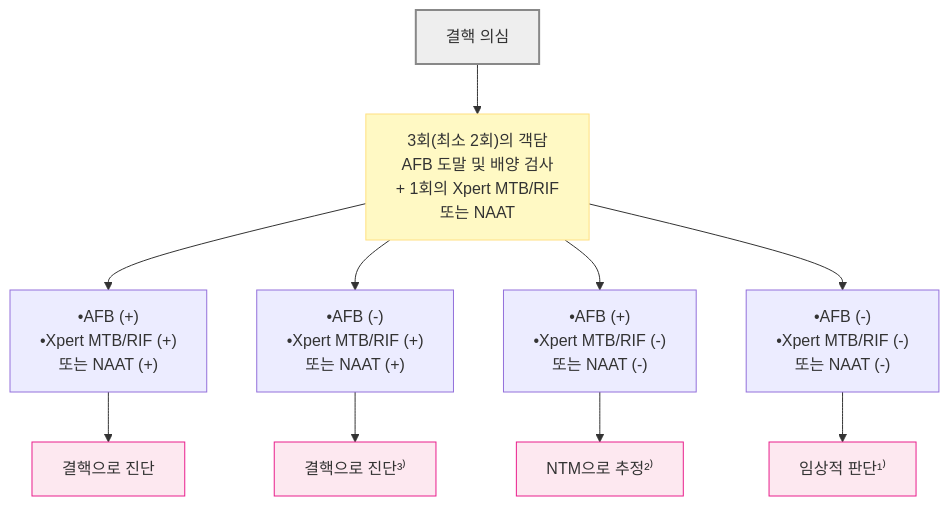
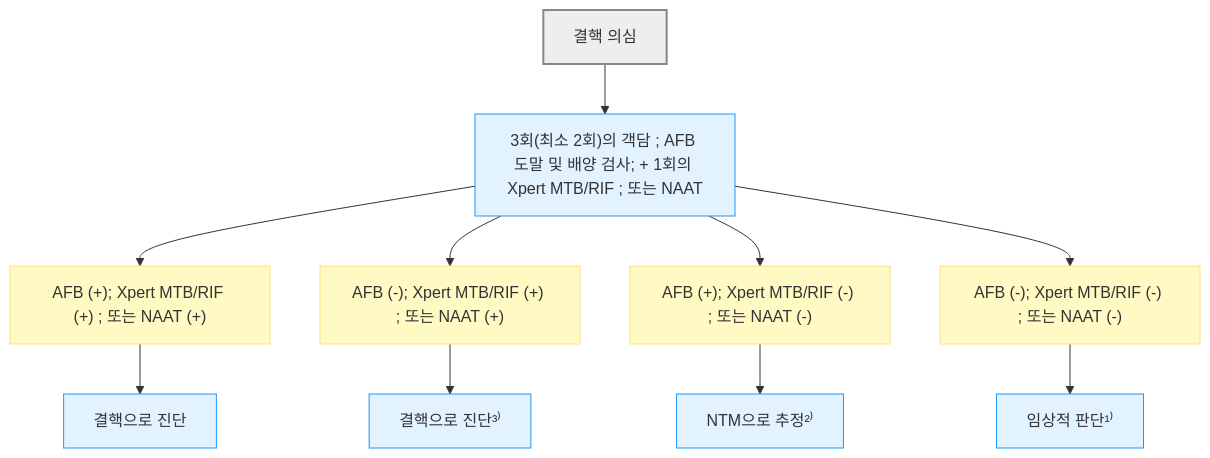
One commit to familyoh77/familyoh77 changed the first of 4 diagrams in 223_/070_-tuberculosis.md. Above: the diagram before and after it, drawn with Mermaid. The commit also changed other lines of this file and 2 other files, not shown here.

````diff
--- a/223_/070_-tuberculosis.md
+++ b/223_/070_-tuberculosis.md
@@ -104,26 +104,28 @@
 ```mermaid
 graph TD
     Start["결핵 의심"]
-    Step1["3회(최소 2회)의 객담 <br/>AFB 도말 및 배양 검사<br/>+ 1회의 Xpert MTB/RIF <br/>또는 NAAT"]
-    Case1["•AFB (+)<br/>•Xpert MTB/RIF (+) <br/>또는 NAAT (+)"]
-    Case2["•AFB (-)<br/>•Xpert MTB/RIF (+) <br/>또는 NAAT (+)"]
-    Case3["•AFB (+)<br/>•Xpert MTB/RIF (-) <br/>또는 NAAT (-)"]
-    Case4["•AFB (-)<br/>•Xpert MTB/RIF (-) <br/>또는 NAAT (-)"]
+    Step1["`3회(최소 2회)의 객담 ; AFB 도말 및 배양 검사; + 1회의 Xpert MTB/RIF ; 또는 NAAT`"]
+    Case1["`AFB (+); Xpert MTB/RIF (+) ; 또는 NAAT (+)`"]
+    Case2["`AFB (-); Xpert MTB/RIF (+) ; 또는 NAAT (+)`"]
+    Case3["`AFB (+); Xpert MTB/RIF (-) ; 또는 NAAT (-)`"]
+    Case4["`AFB (-); Xpert MTB/RIF (-) ; 또는 NAAT (-)`"]
     Result1["결핵으로 진단"]
     Result2["결핵으로 진단³⁾"]
     Result3["NTM으로 추정²⁾"]
     Result4["임상적 판단¹⁾"]
     Start --> Step1
     Step1 --> Case1
     Step1 --> Case2
     Step1 --> Case3
     Step1 --> Case4
     Case1 --> Result1
     Case2 --> Result2
     Case3 --> Result3
     Case4 --> Result4
-    style Start fill:#eeeeee,stroke:#888888,stroke-width:2px
-classDef pink fill:#fde8f0,stroke:#e91e8c
-class Result1,Result2,Result3,Result4 pink
-    style Step1 fill:#fff9c4,stroke:#ffe082
+    classDef start fill:#eee,stroke:#888,stroke-width:2px
+    classDef decision fill:#fff9c4,stroke:#ffe082
+    classDef action fill:#e3f2ff,stroke:#2196f3
+    class Start start
+    class Case1,Case2,Case3,Case4 decision
+    class Step1,Result1,Result2,Result3,Result4 action
 ```
````
